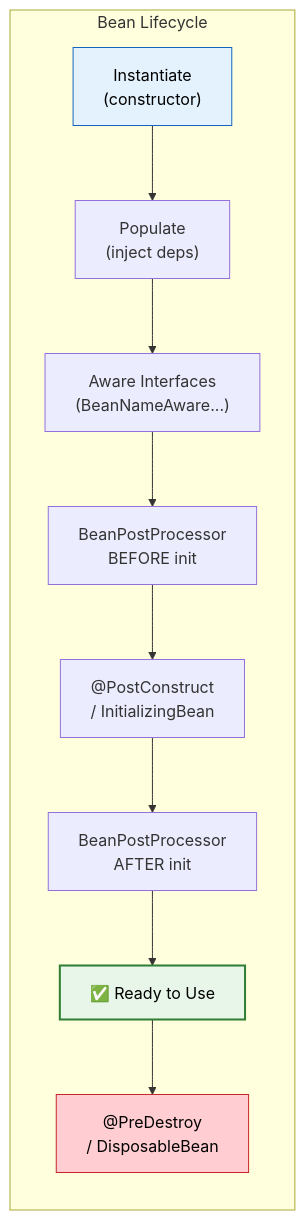
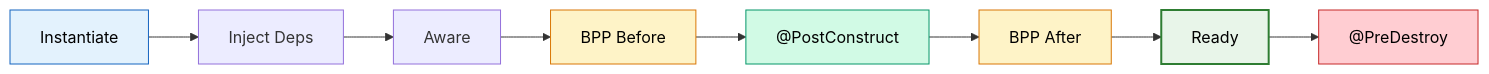
The first of 2 diagrams in docs/springboot/bean-lifecycle.md (saivamsikaruturi/vamsilabs-dev-notes-main), drawn with Mermaid before and after one commit. The commit also changed other lines of this file and 146 other files, not shown here.

Commit message:
Horizontal diagrams, UML class diagrams, typography overhaul, and permalink cleanup

````diff
--- a/docs/springboot/bean-lifecycle.md
+++ b/docs/springboot/bean-lifecycle.md
@@ -10,16 +5,17 @@
 ```mermaid
 flowchart LR
-    subgraph Lifecycle["Bean Lifecycle"]
-        I["Instantiate<br/>(constructor)"] --> P["Populate<br/>(inject deps)"]
-        P --> A["Aware Interfaces<br/>(BeanNameAware...)"]
-        A --> BPP1["BeanPostProcessor<br/>BEFORE init"]
-        BPP1 --> Init["@PostConstruct<br/>/ InitializingBean"]
-        Init --> BPP2["BeanPostProcessor<br/>AFTER init"]
-        BPP2 --> R["✅ Ready to Use"]
-        R --> D["@PreDestroy<br/>/ DisposableBean"]
-    end
+    I["Instantiate"] --> P["Inject Deps"]
+    P --> A["Aware"]
+    A --> B1["BPP Before"]
+    B1 --> PC["@PostConstruct"]
+    PC --> B2["BPP After"]
+    B2 --> R["Ready"]
+    R --> PD["@PreDestroy"]
 
     style I fill:#E3F2FD,stroke:#1565C0,color:#000
+    style PC fill:#D1FAE5,stroke:#059669,color:#000
+    style B1 fill:#FEF3C7,stroke:#D97706,color:#000
+    style B2 fill:#FEF3C7,stroke:#D97706,color:#000
     style R fill:#E8F5E9,stroke:#2E7D32,stroke-width:2px,color:#000
-    style D fill:#FFCDD2,stroke:#C62828,color:#000
+    style PD fill:#FFCDD2,stroke:#C62828,color:#000
 ```
````
